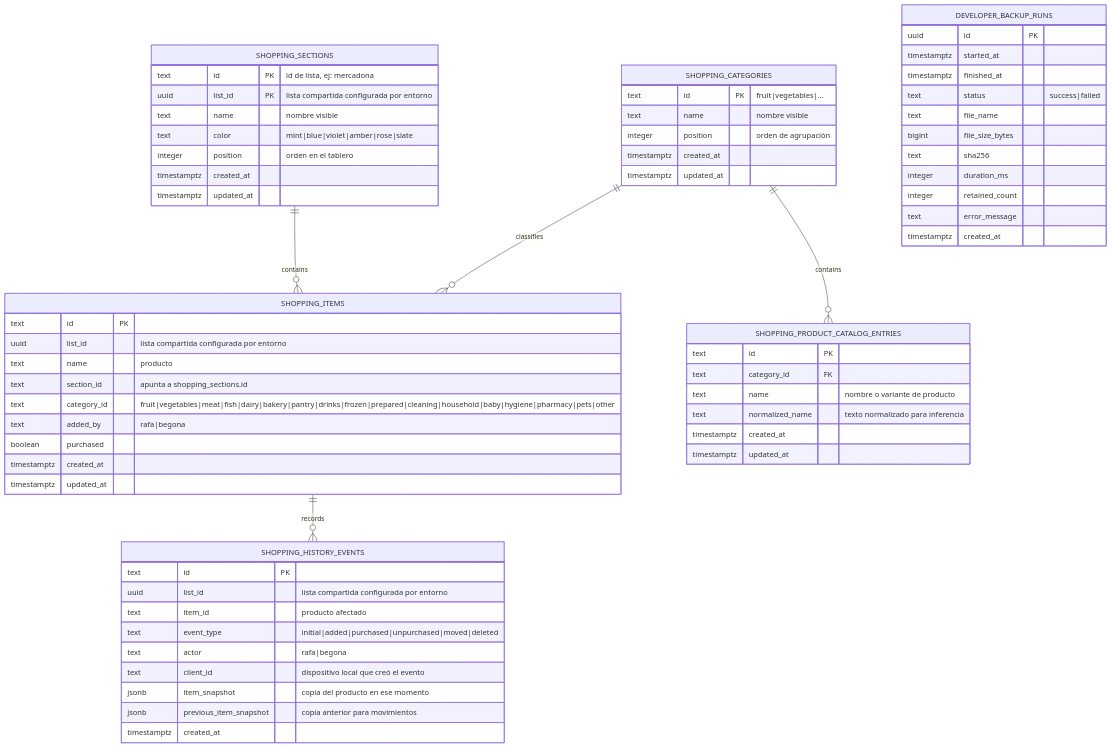
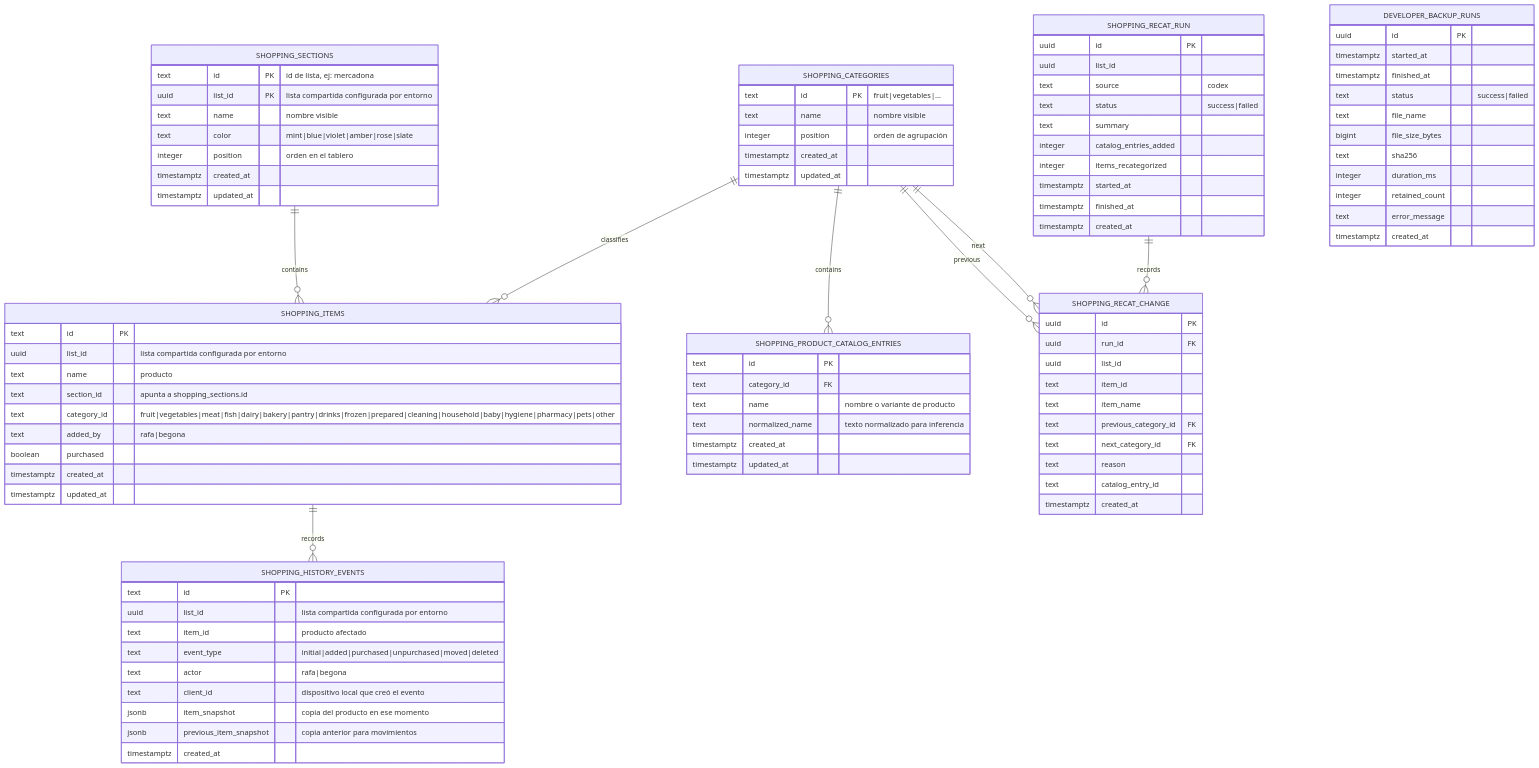
One commit to ralph1985/jucart changed the diagram in docs/database-schema.md. Above: the diagram before and after it, drawn with Mermaid. The commit also changed other lines of this file and 14 other files, not shown here.

```diff
--- a/docs/database-schema.md
+++ b/docs/database-schema.md
@@ -11,7 +11,10 @@
   SHOPPING_SECTIONS ||--o{ SHOPPING_ITEMS : contains
   SHOPPING_CATEGORIES ||--o{ SHOPPING_ITEMS : classifies
   SHOPPING_CATEGORIES ||--o{ SHOPPING_PRODUCT_CATALOG_ENTRIES : contains
+  SHOPPING_CATEGORIES ||--o{ SHOPPING_RECAT_CHANGE : previous
+  SHOPPING_CATEGORIES ||--o{ SHOPPING_RECAT_CHANGE : next
   SHOPPING_ITEMS ||--o{ SHOPPING_HISTORY_EVENTS : records
+  SHOPPING_RECAT_RUN ||--o{ SHOPPING_RECAT_CHANGE : records
 
   SHOPPING_SECTIONS {
     text id PK "id de lista, ej: mercadona"
@@ -52,6 +55,32 @@
     timestamptz updated_at
   }
 
+  SHOPPING_RECAT_RUN {
+    uuid id PK
+    uuid list_id
+    text source "codex"
+    text status "success|failed"
+    text summary
+    integer catalog_entries_added
+    integer items_recategorized
+    timestamptz started_at
+    timestamptz finished_at
+    timestamptz created_at
+  }
+
+  SHOPPING_RECAT_CHANGE {
+    uuid id PK
+    uuid run_id FK
+    uuid list_id
+    text item_id
+    text item_name
+    text previous_category_id FK
+    text next_category_id FK
+    text reason
+    text catalog_entry_id
+    timestamptz created_at
+  }
+
   SHOPPING_HISTORY_EVENTS {
     text id PK
     uuid list_id "lista compartida configurada por entorno"
```
